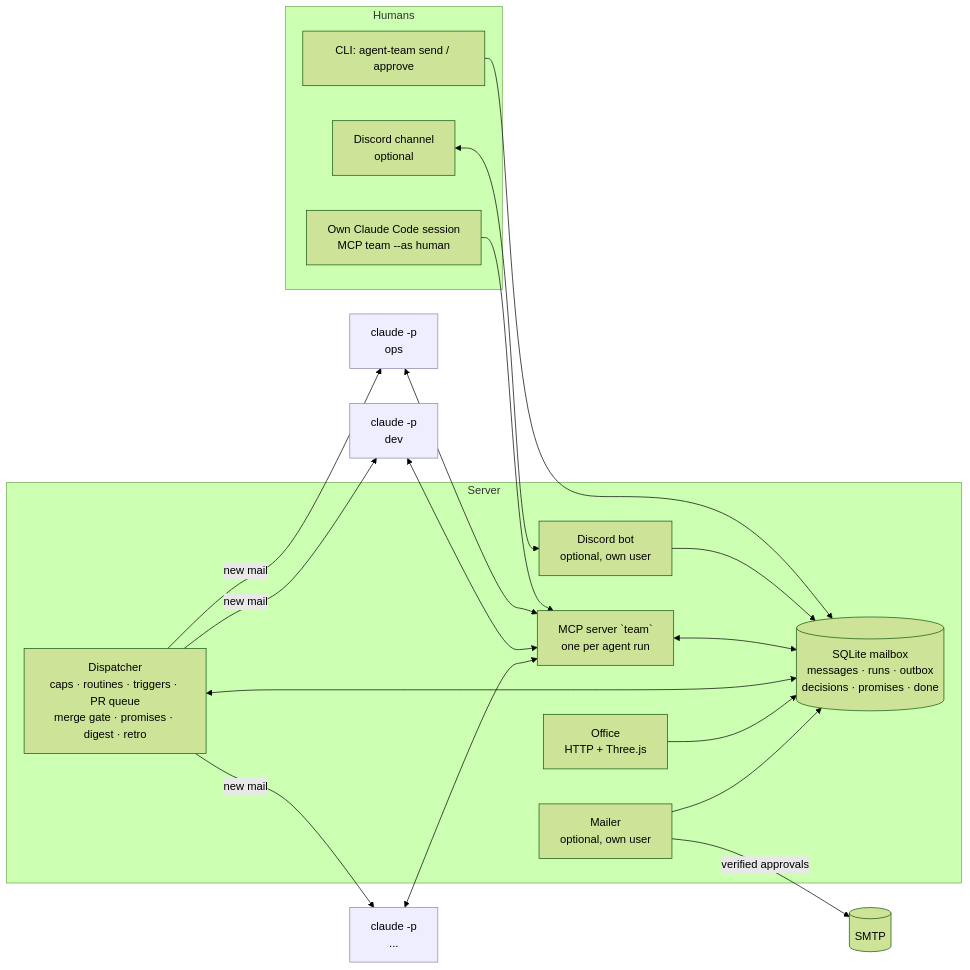
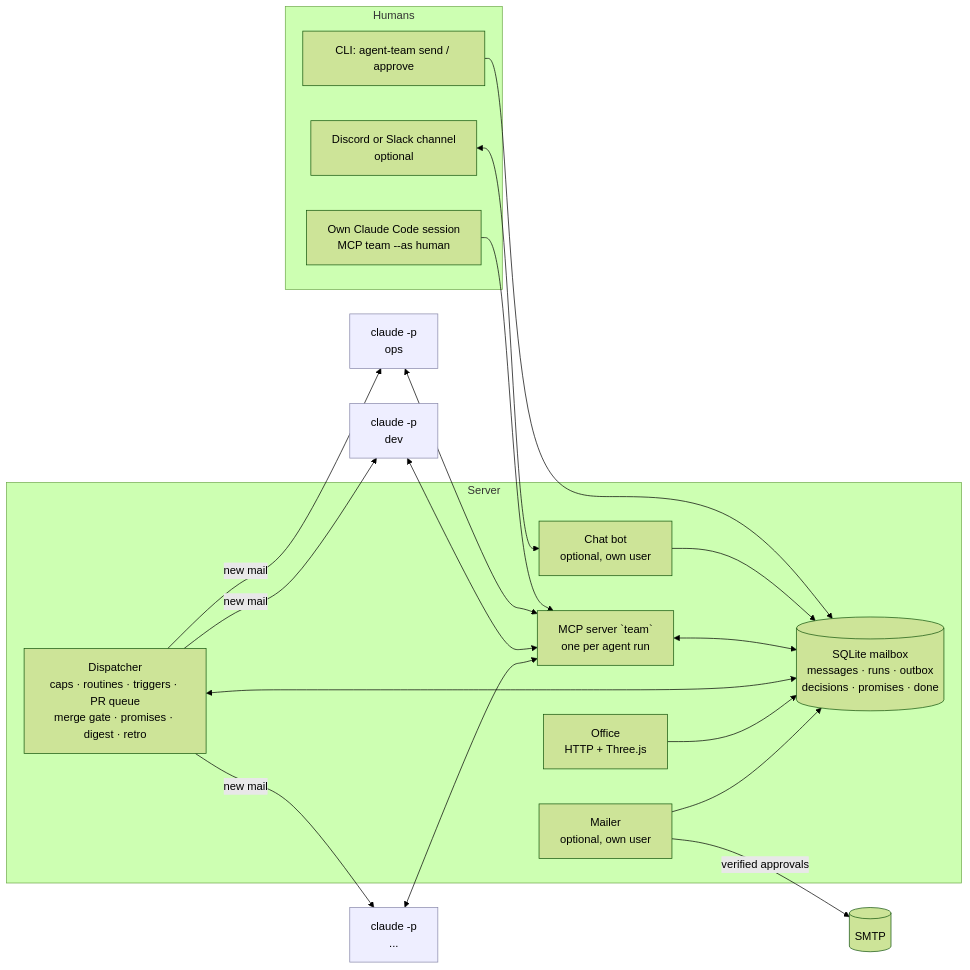
One commit to victoorsaad/agent-team changed the diagram in README.md. Above: the diagram before and after it, drawn with Mermaid (forest theme). The commit also changed other lines of this file and 41 other files, not shown here.

````diff
--- a/README.md
+++ b/README.md
@@ -61,29 +88,29 @@
 ```mermaid
 flowchart LR
   subgraph Humans
     H1[CLI: agent-team send / approve]
     H2[Own Claude Code session<br/>MCP team --as human]
-    H3[Discord channel<br/>optional]
+    H3[Discord or Slack channel<br/>optional]
   end
   subgraph Server
     DB[(SQLite mailbox<br/>messages · runs · outbox<br/>decisions · promises · done)]
     MCP[MCP server `team`<br/>one per agent run]
     D[Dispatcher<br/>caps · routines · triggers · PR queue<br/>merge gate · promises · digest · retro]
     O[Office<br/>HTTP + Three.js]
     M[Mailer<br/>optional, own user]
-    B[Discord bot<br/>optional, own user]
+    B[Chat bot<br/>optional, own user]
   end
   C1[claude -p<br/>ops]:::agent
   C2[claude -p<br/>dev]:::agent
   C3[claude -p<br/>...]:::agent
   H1 --> DB
   H2 --> MCP
   H3 <--> B --> DB
   D -- new mail --> C1 & C2 & C3
   C1 & C2 & C3 <--> MCP <--> DB
   D <--> DB
   O --> DB
   M -- verified approvals --> SMTP[(SMTP)]
   M --> DB
   classDef agent fill:#eef,stroke:#88a
 ```
````
